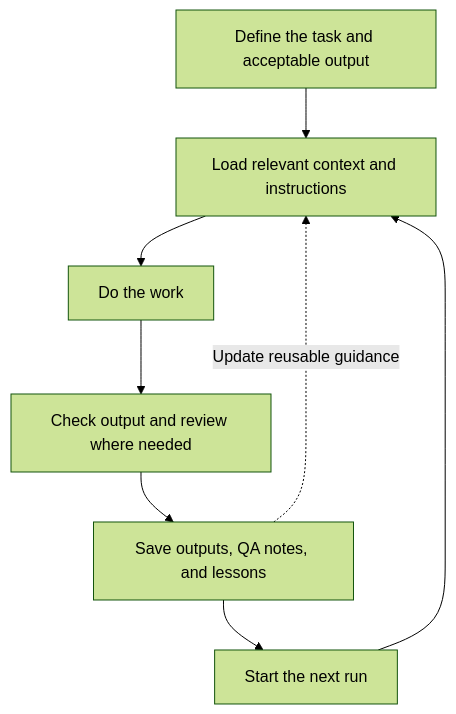
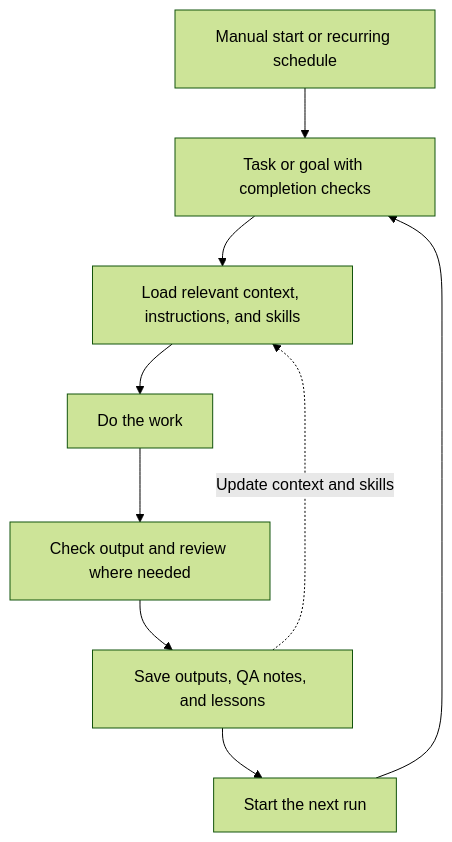
The diagram in docs/repository-driven-ai-workflows.md (JamesonCodes/project-showcase), drawn with Mermaid (forest theme) before and after one commit. The commit also changed other lines of this file, not shown here.

Commit message:
Show skills schedules and goals in workflow diagram

````diff
--- a/docs/repository-driven-ai-workflows.md
+++ b/docs/repository-driven-ai-workflows.md
@@ -17,10 +17,11 @@
 ```mermaid
 flowchart TD
-    Task[Define the task and acceptable output] --> Context[Load relevant context and instructions]
+    Start[Manual start or recurring schedule] --> Task[Task or goal with completion checks]
+    Task --> Context[Load relevant context, instructions, and skills]
     Context --> Work[Do the work]
     Work --> Review[Check output and review where needed]
     Review --> Save[Save outputs, QA notes, and lessons]
     Save --> Next[Start the next run]
-    Next --> Context
-    Save -. Update reusable guidance .-> Context
+    Next --> Task
+    Save -. Update context and skills .-> Context
 ```
````
